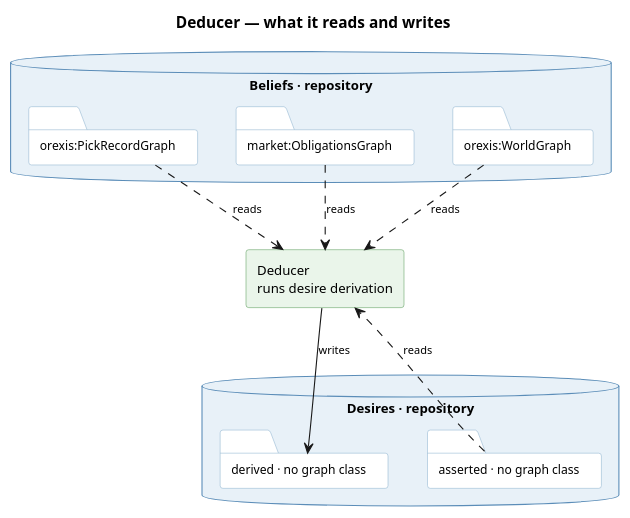
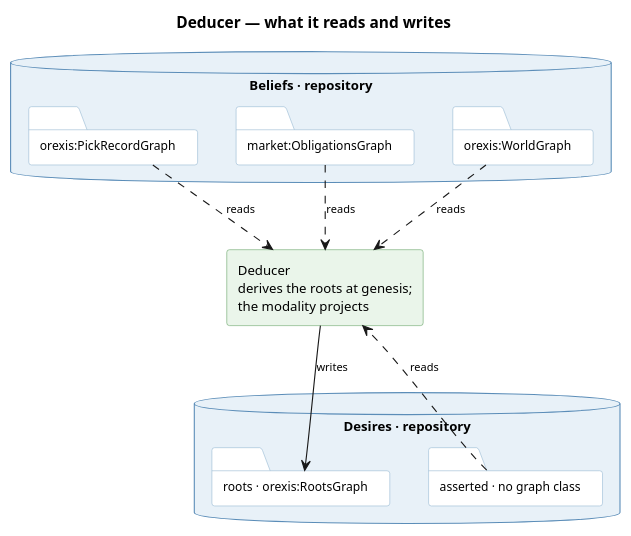
Before and after one commit to ShishkinDmitriy/orexis: the diagram in knowledge/diagrams/service-deducer.puml, drawn with PlantUML. The commit also changed 21 other files, not shown here.

```diff
--- a/knowledge/diagrams/service-deducer.puml
+++ b/knowledge/diagrams/service-deducer.puml
@@ -1,44 +1,44 @@
 @startuml service-deducer
 title Deducer — what it reads and writes
 
 skinparam componentStyle rectangle
 skinparam shadowing false
 skinparam defaultFontSize 12
 skinparam titleFontSize 14
 skinparam ArrowFontSize 10
 skinparam database {
   BackgroundColor #E8F1F8
   BorderColor #5B8DB8
 }
 skinparam folder {
   BackgroundColor #FFFFFF
   BorderColor #8FB4D0
   FontSize 11
 }
 skinparam component {
   BackgroundColor #EAF5EA
   BorderColor #5E9E5E
 }
 
 
 database "Beliefs · repository" as BEL {
   folder "orexis:PickRecordGraph" as P
   folder "market:ObligationsGraph" as O
   folder "orexis:WorldGraph" as W
 }
 
 database "Desires · repository" as DES {
   folder "asserted · no graph class" as DA
-  folder "derived · no graph class" as DD
+  folder "roots · orexis:RootsGraph" as DD
 }
 
-component "Deducer\nruns desire derivation" as DB
+component "Deducer\nderives the roots at genesis;\nthe modality projects" as DB
 
 
 P ..> DB : reads
 O ..> DB : reads
 W ..> DB : reads
 DA ..> DB : reads
 DB --> DD : writes
 
 @enduml
```
